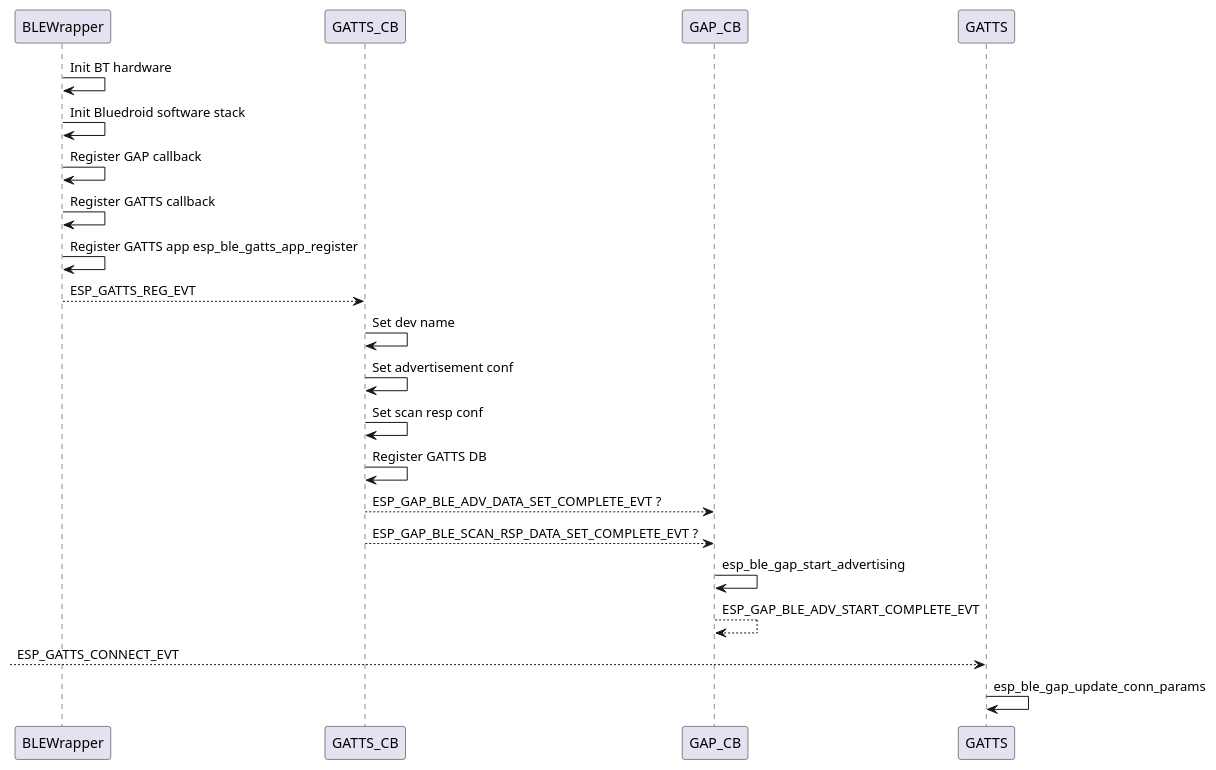
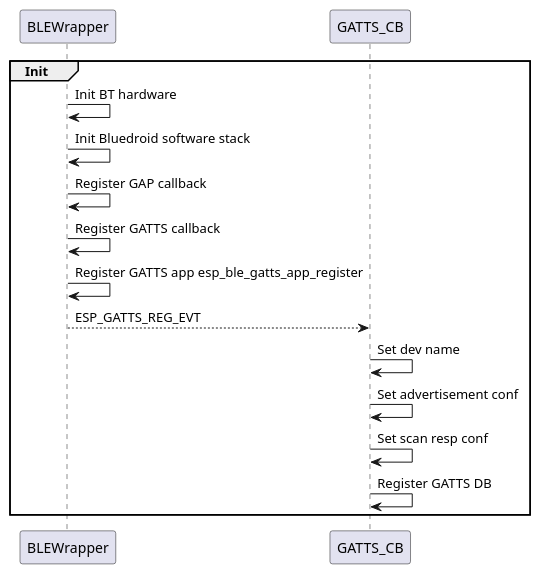
The first of 4 diagrams in HOWTO.md (szymek156/bike_computer_esp32), drawn with PlantUML before and after one commit. The commit also changed other lines of this file and 1 other file, not shown here.

Commit message:
wip, configuring to transfer large data, and figuring out how to send moar

````diff
--- a/HOWTO.md
+++ b/HOWTO.md
@@ -70,27 +73,18 @@
 ```plantuml
 @startuml
+group Init
 BLEWrapper -> BLEWrapper: Init BT hardware
 BLEWrapper -> BLEWrapper: Init Bluedroid software stack
 BLEWrapper -> BLEWrapper: Register GAP callback
 BLEWrapper -> BLEWrapper: Register GATTS callback
 
 BLEWrapper -> BLEWrapper: Register GATTS app esp_ble_gatts_app_register
 BLEWrapper --> GATTS_CB: ESP_GATTS_REG_EVT
 GATTS_CB -> GATTS_CB: Set dev name
 GATTS_CB -> GATTS_CB: Set advertisement conf
 GATTS_CB -> GATTS_CB: Set scan resp conf
 GATTS_CB -> GATTS_CB: Register GATTS DB
-
-GATTS_CB --> GAP_CB: ESP_GAP_BLE_ADV_DATA_SET_COMPLETE_EVT ?
-GATTS_CB --> GAP_CB: ESP_GAP_BLE_SCAN_RSP_DATA_SET_COMPLETE_EVT ?
-GAP_CB -> GAP_CB: esp_ble_gap_start_advertising
-
-GAP_CB --> GAP_CB: ESP_GAP_BLE_ADV_START_COMPLETE_EVT
-
---> GATTS: ESP_GATTS_CONNECT_EVT
-GATTS -> GATTS: esp_ble_gap_update_conn_params
-
-
+end
 @enduml
 
 ```
````
